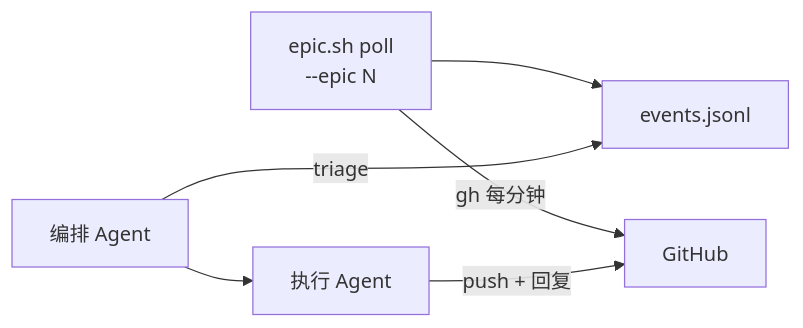
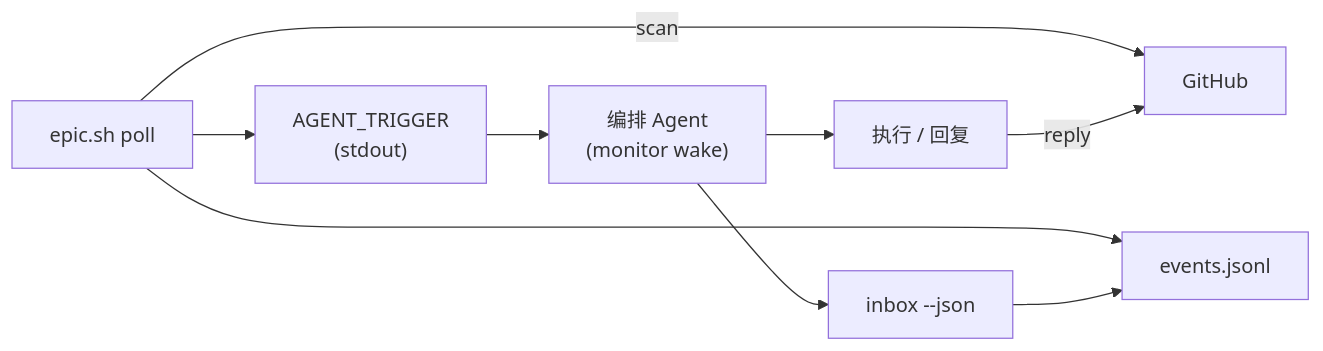
The diagram in .skill/skills/epic-delivery/references/orchestration-model.md (alibaba/loongcollector), drawn with Mermaid before and after one commit. The commit also changed other lines of this file and 4 other files, not shown here.

First line of the commit message:
feat(epic-delivery): enhance polling and agent interaction processes

````diff
--- a/.skill/skills/epic-delivery/references/orchestration-model.md
+++ b/.skill/skills/epic-delivery/references/orchestration-model.md
@@ -19,14 +15,19 @@
 ```mermaid
 flowchart LR
-  Poll["epic.sh poll\n--epic N"]
+  Poll["epic.sh poll"]
   GH["GitHub"]
   Events["events.jsonl"]
-  Orch["编排 Agent"]
-  Sub["执行 Agent"]
+  Trigger["AGENT_TRIGGER\n(stdout)"]
+  Agent["编排 Agent\n(monitor wake)"]
+  Inbox["inbox --json"]
+  Sub["执行 / 回复"]
 
-  Poll -->|gh 每分钟| GH
+  Poll -->|scan| GH
   Poll --> Events
-  Orch -->|triage| Events
-  Orch --> Sub
-  Sub -->|push + 回复| GH
+  Poll --> Trigger
+  Trigger --> Agent
+  Agent --> Inbox
+  Inbox --> Events
+  Agent --> Sub
+  Sub -->|reply| GH
 ```
````
